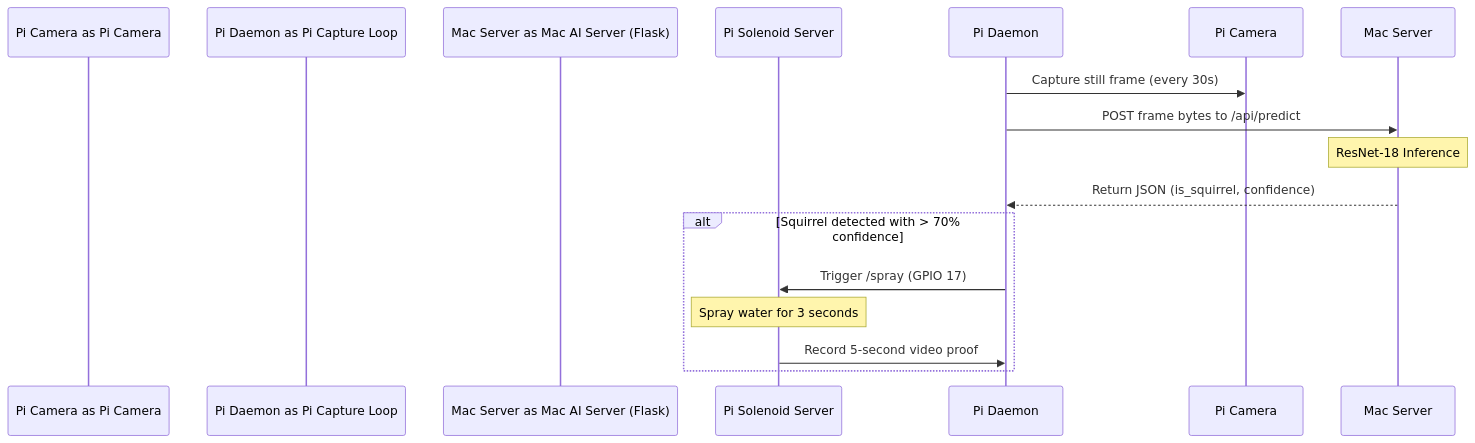
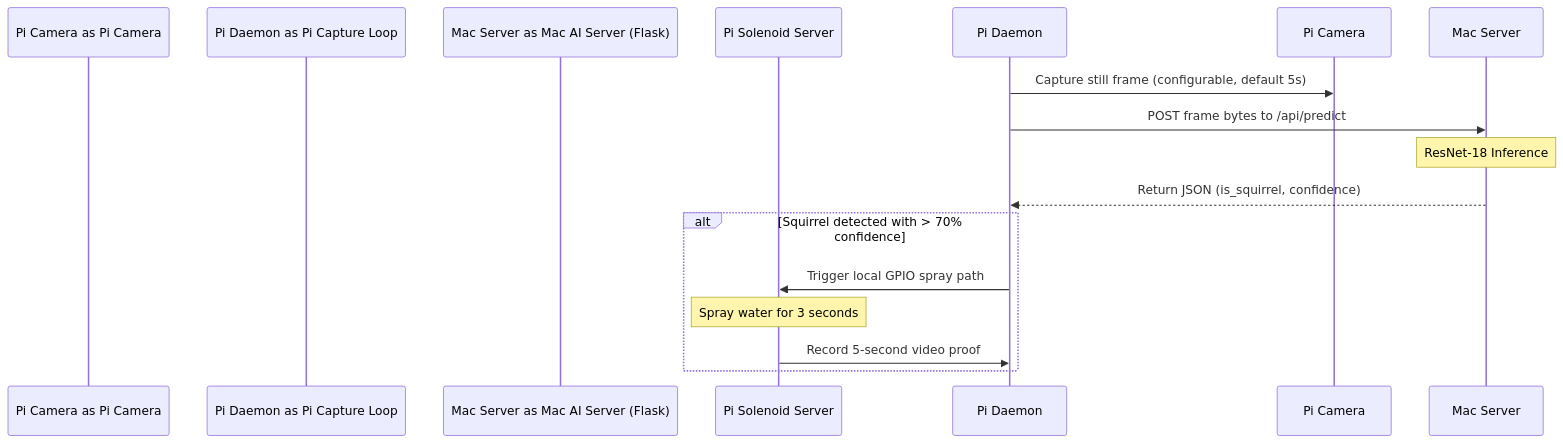
The diagram in blog_post.md (nkgilley/squirrel-soaker), drawn with Mermaid before and after one commit. The commit also changed other lines of this file and 4 other files, not shown here.

````diff
--- a/blog_post.md
+++ b/blog_post.md
@@ -17,17 +26,17 @@
 ```mermaid
 sequenceDiagram
     participant Pi Camera as Pi Camera
     participant Pi Daemon as Pi Capture Loop
     participant Mac Server as Mac AI Server (Flask)
     participant Solenoid as Pi Solenoid Server
     
-    Pi Daemon->>Pi Camera: Capture still frame (every 30s)
+    Pi Daemon->>Pi Camera: Capture still frame (configurable, default 5s)
     Pi Daemon->>Mac Server: POST frame bytes to /api/predict
     Note over Mac Server: ResNet-18 Inference
     Mac Server-->>Pi Daemon: Return JSON (is_squirrel, confidence)
     alt Squirrel detected with > 70% confidence
-        Pi Daemon->>Solenoid: Trigger /spray (GPIO 17)
+        Pi Daemon->>Solenoid: Trigger local GPIO spray path
         Note over Solenoid: Spray water for 3 seconds
         Solenoid->>Pi Daemon: Record 5-second video proof
     end
 ```
````
